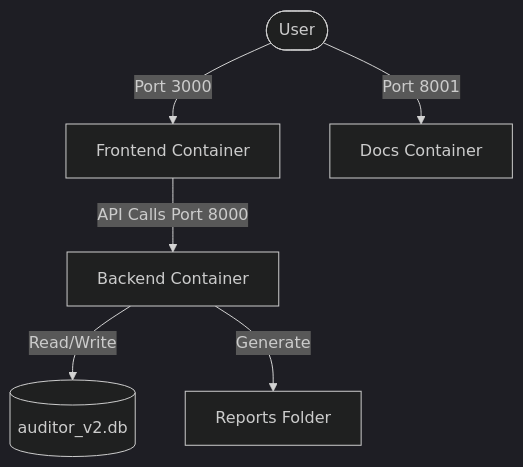
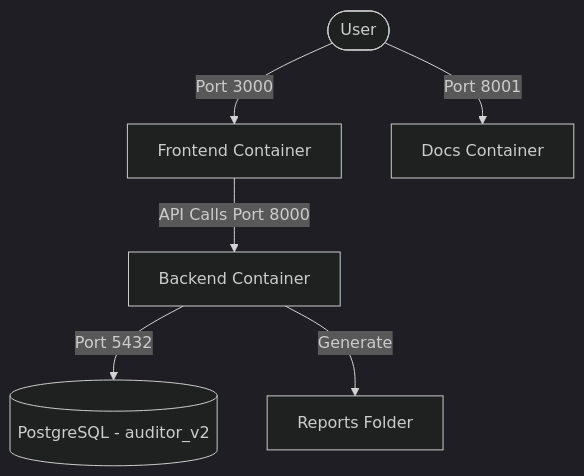
One commit to LongKunno/check_project changed the diagram in docs/architecture/docker_setup.md. Above: the diagram before and after it, drawn with Mermaid (dark theme). The commit also changed other lines of this file and 32 other files, not shown here.

Commit message:
feat: migrate database from SQLite to PostgreSQL and implement new API routers and dashboard views

````diff
--- a/docs/architecture/docker_setup.md
+++ b/docs/architecture/docker_setup.md
@@ -15,8 +16,8 @@
 ```mermaid
 graph TD
     User([User]) -->|Port 3000| Frontend[Frontend Container]
     User -->|Port 8001| Docs[Docs Container]
     Frontend -->|API Calls Port 8000| Backend[Backend Container]
-    Backend -->|Read/Write| DB[(auditor_v2.db)]
+    Backend -->|Port 5432| DB[(PostgreSQL - auditor_v2)]
     Backend -->|Generate| Reports[Reports Folder]
 ```
````
